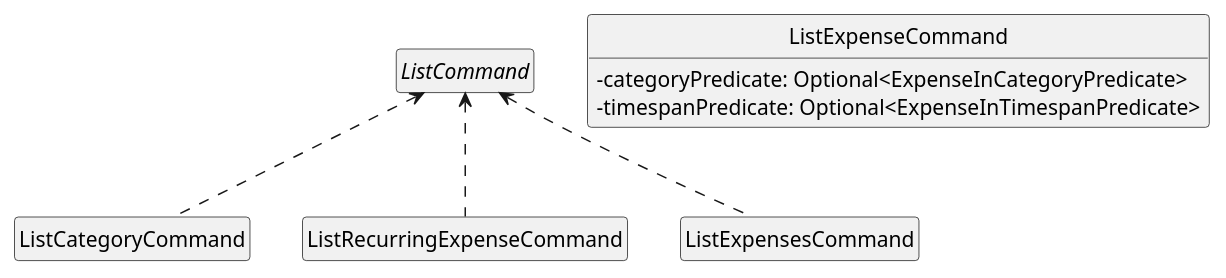
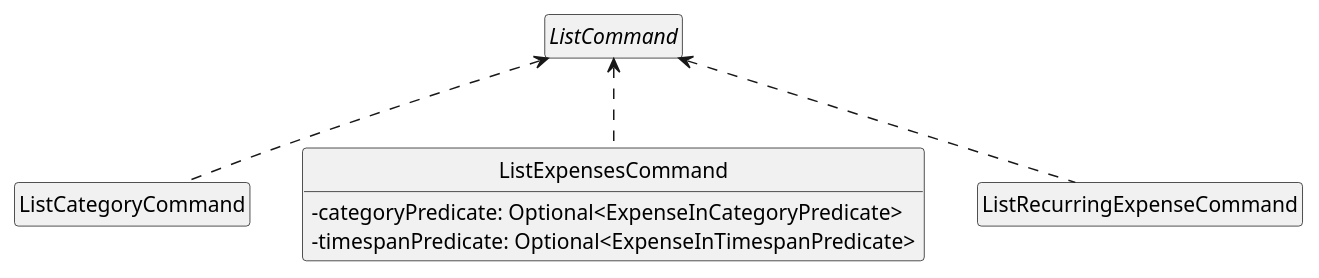
The fifth of 6 diagrams in uml/commands.puml (nus-cs2103-AY2223S2/tp), drawn with PlantUML before and after one commit. The commit also changed 1 other file, not shown here.

Commit message:
Fix list command uml diagram

```diff
--- a/uml/commands.puml
+++ b/uml/commands.puml
@@ -165,27 +165,27 @@
 @startuml list_commands
 
 skinparam defaultTextAlignment left
 ' scale 0.6
 hide empty members
 hide circle
 skinparam classAttributeIconSize 0
 
 interface ListCommand {}
 
 class ListCategoryCommand {}
 
-class ListExpenseCommand {
+class ListExpensesCommand {
     ' + ListCategoriesCommand(categoryPredicate: Optional<ExpenseInCategoryPredicate>, \
       timespanPredicate: Optional<ExpenseInTimespanPredicate>) '
     - categoryPredicate: Optional<ExpenseInCategoryPredicate>
     - timespanPredicate: Optional<ExpenseInTimespanPredicate>
 }
 
 class ListRecurringExpenseCommand {}
 
 
 ListCommand <.. ListCategoryCommand
 ListCommand <.. ListExpensesCommand
 ListCommand <.. ListRecurringExpenseCommand
 
 @enduml
```
